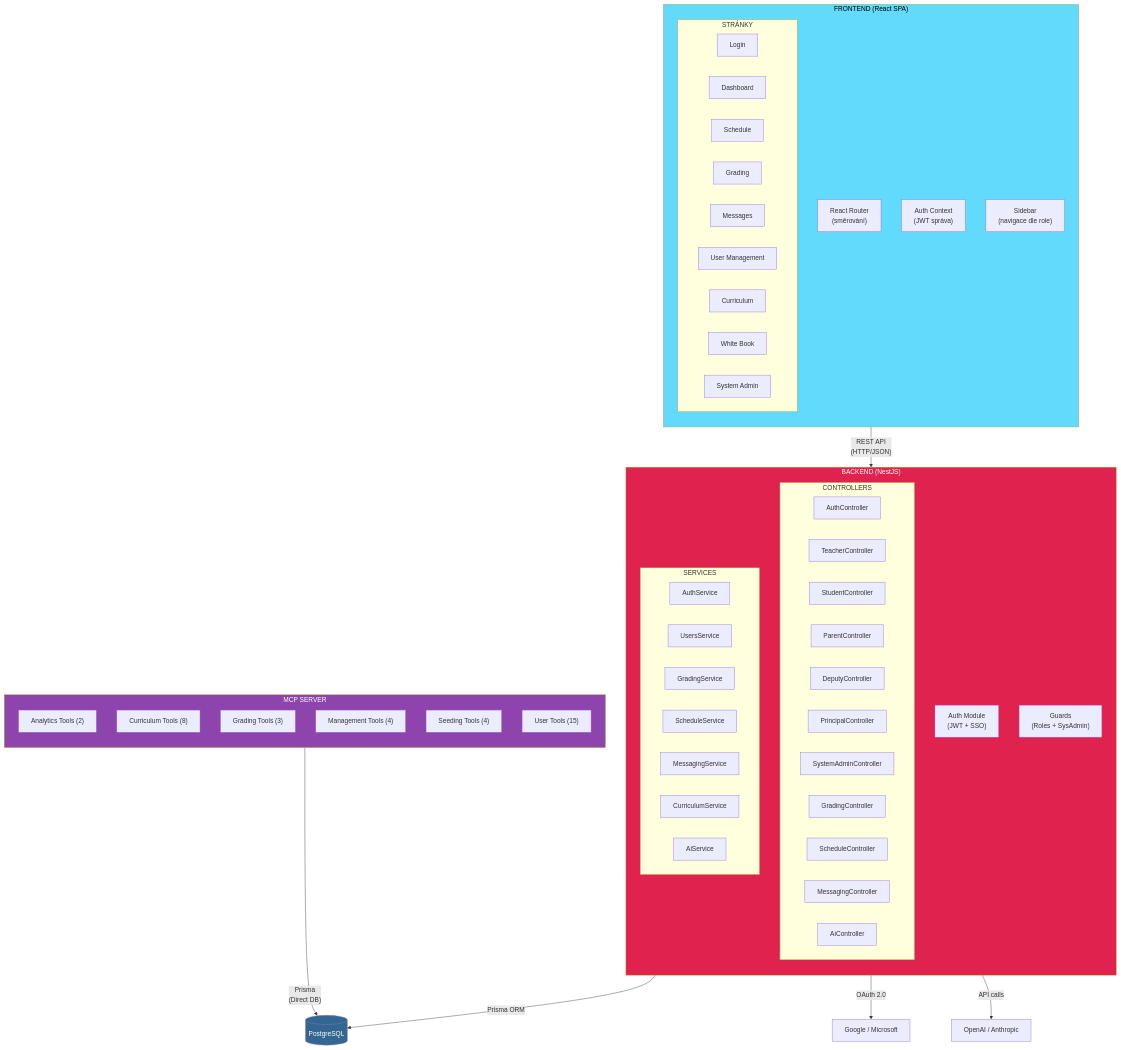
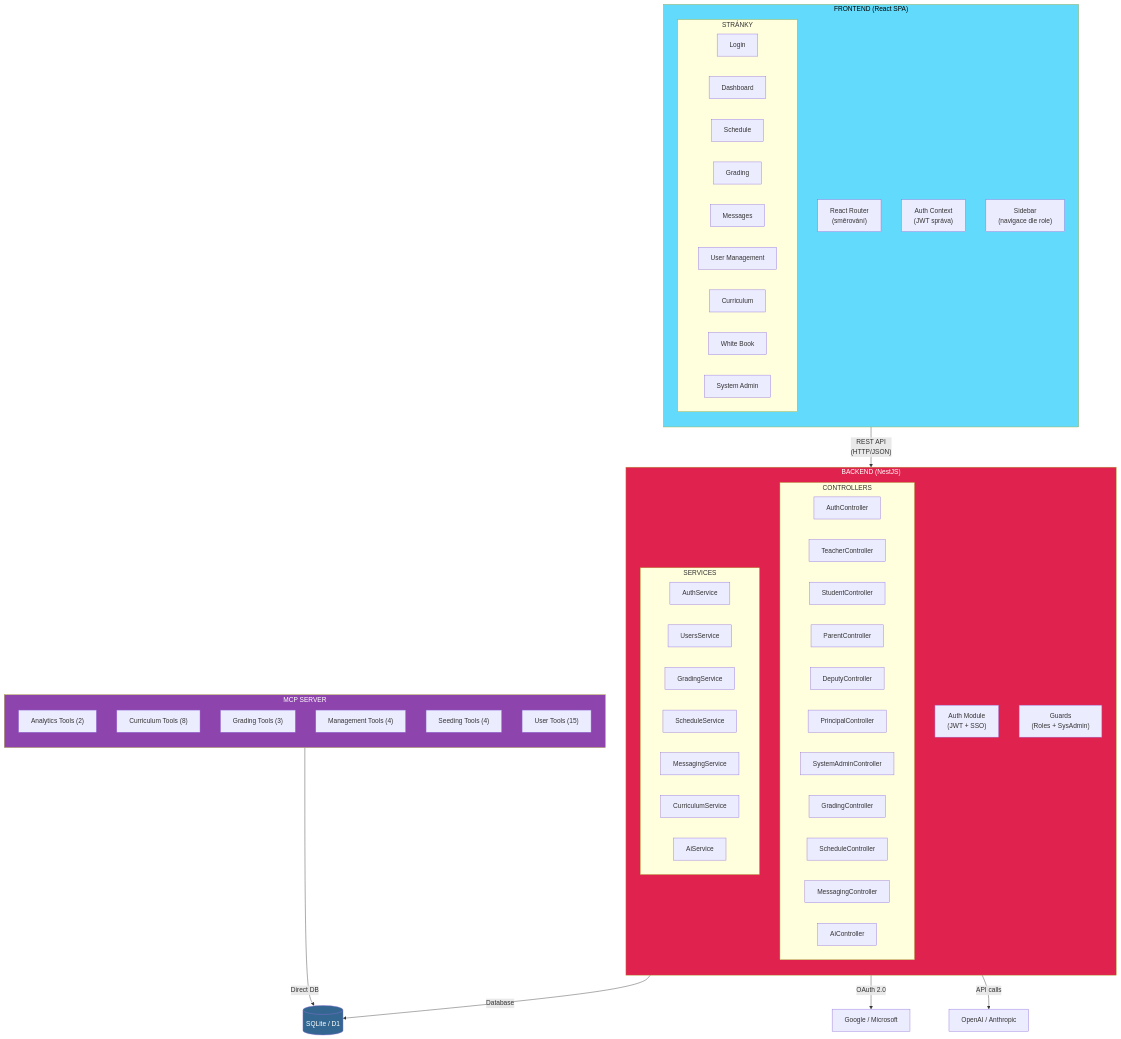
One commit to edustack-is/edustack-is-sandbox changed the tenth of 12 diagrams in docs/archimate-diagramy.md. Above: the diagram before and after it, drawn with Mermaid. The commit also changed other lines of this file and 88 other files, not shown here.

````diff
--- a/docs/archimate-diagramy.md
+++ b/docs/archimate-diagramy.md
@@ -410,72 +409,72 @@
 ```mermaid
 graph TB
     subgraph Frontend["FRONTEND (React SPA)"]
         direction TB
         FRouter["React Router\n(směrování)"]
         FAuth["Auth Context\n(JWT správa)"]
         FSidebar["Sidebar\n(navigace dle role)"]
 
         subgraph FPages["STRÁNKY"]
             FPLogin["Login"]
             FPDashboard["Dashboard"]
             FPSchedule["Schedule"]
             FPGrading["Grading"]
             FPMessages["Messages"]
             FPUsers["User Management"]
             FPCurriculum["Curriculum"]
             FPWhiteBook["White Book"]
             FPSysAdmin["System Admin"]
         end
     end
 
     subgraph Backend["BACKEND (NestJS)"]
         direction TB
         BAuth["Auth Module\n(JWT + SSO)"]
         BGuards["Guards\n(Roles + SysAdmin)"]
 
         subgraph BControllers["CONTROLLERS"]
             BCAuth["AuthController"]
             BCTeacher["TeacherController"]
             BCStudent["StudentController"]
             BCParent["ParentController"]
             BCDeputy["DeputyController"]
             BCPrincipal["PrincipalController"]
             BCSysAdmin["SystemAdminController"]
             BCGrading["GradingController"]
             BCSchedule["ScheduleController"]
             BCMessaging["MessagingController"]
             BCAi["AiController"]
         end
 
         subgraph BServices["SERVICES"]
             BSAuth["AuthService"]
             BSUsers["UsersService"]
             BSGrading["GradingService"]
             BSSchedule["ScheduleService"]
             BSMessaging["MessagingService"]
             BSCurriculum["CurriculumService"]
             BSAi["AiService"]
         end
     end
 
     subgraph MCP["MCP SERVER"]
         direction TB
         MCPAnalytics["Analytics Tools (2)"]
         MCPCurriculum["Curriculum Tools (8)"]
         MCPGrading["Grading Tools (3)"]
         MCPManagement["Management Tools (4)"]
         MCPSeeding["Seeding Tools (4)"]
         MCPUsers["User Tools (15)"]
     end
 
     Frontend -->|"REST API\n(HTTP/JSON)"| Backend
-    MCP -->|"Prisma\n(Direct DB)"| DB[("PostgreSQL")]
-    Backend -->|"Prisma ORM"| DB
+    MCP -->|"Direct DB"| DB[("SQLite / D1")]
+    Backend -->|Database| DB
     Backend -->|"OAuth 2.0"| OAuth["Google / Microsoft"]
     Backend -->|"API calls"| AIProvider["OpenAI / Anthropic"]
 
     style Frontend fill:#61dafb,color:#000
     style Backend fill:#e0234e,color:#fff
     style MCP fill:#8e44ad,color:#fff
     style DB fill:#336791,color:#fff
 ```
````
